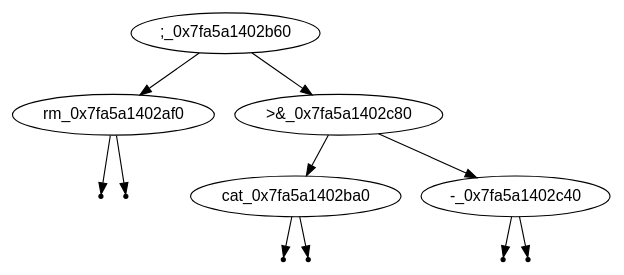
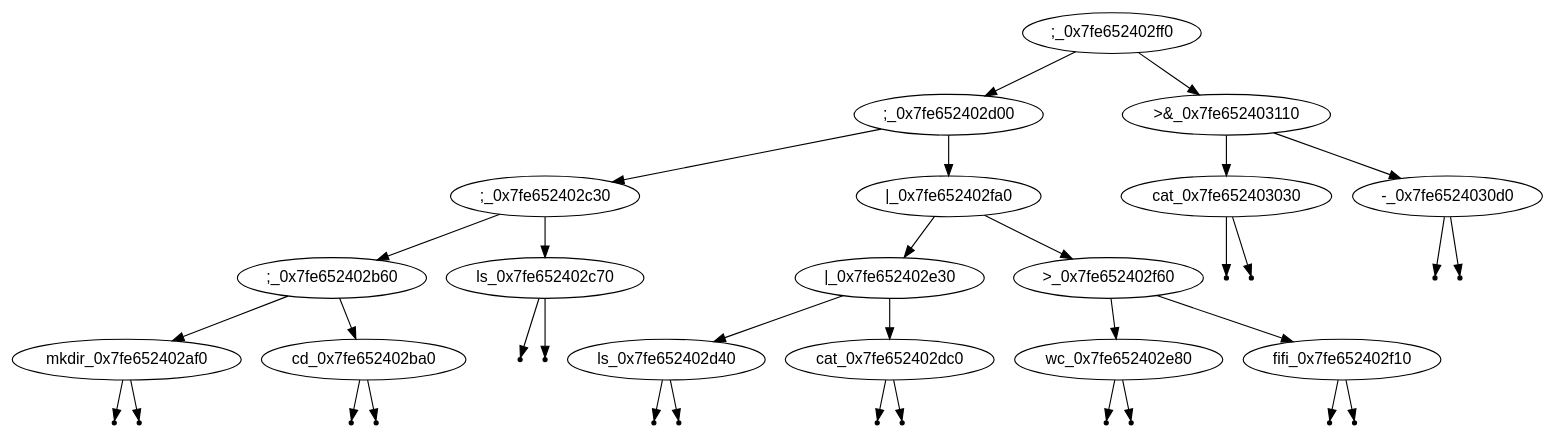
The diagram in tree.dot (ix-56h/Shelled), drawn with Graphviz before and after one commit. The commit also changed 4 other files, not shown here.

```diff
--- a/tree.dot
+++ b/tree.dot
@@ -1,19 +1,55 @@
 digraph BST {
     node [fontname="Arial"];
-    ";_0x7fa5a1402b60" -> "rm_0x7fa5a1402af0";
+    ";_0x7fe652402ff0" -> ";_0x7fe652402d00";
+    ";_0x7fe652402d00" -> ";_0x7fe652402c30";
+    ";_0x7fe652402c30" -> ";_0x7fe652402b60";
+    ";_0x7fe652402b60" -> "mkdir_0x7fe652402af0";
     null0 [shape=point];
-    "rm_0x7fa5a1402af0" -> null0;
+    "mkdir_0x7fe652402af0" -> null0;
     null1 [shape=point];
-    "rm_0x7fa5a1402af0" -> null1;
-    ";_0x7fa5a1402b60" -> ">&_0x7fa5a1402c80";
-    ">&_0x7fa5a1402c80" -> "cat_0x7fa5a1402ba0";
+    "mkdir_0x7fe652402af0" -> null1;
+    ";_0x7fe652402b60" -> "cd_0x7fe652402ba0";
     null2 [shape=point];
-    "cat_0x7fa5a1402ba0" -> null2;
+    "cd_0x7fe652402ba0" -> null2;
     null3 [shape=point];
-    "cat_0x7fa5a1402ba0" -> null3;
-    ">&_0x7fa5a1402c80" -> "-_0x7fa5a1402c40";
+    "cd_0x7fe652402ba0" -> null3;
+    ";_0x7fe652402c30" -> "ls_0x7fe652402c70";
     null4 [shape=point];
-    "-_0x7fa5a1402c40" -> null4;
+    "ls_0x7fe652402c70" -> null4;
     null5 [shape=point];
-    "-_0x7fa5a1402c40" -> null5;
+    "ls_0x7fe652402c70" -> null5;
+    ";_0x7fe652402d00" -> "|_0x7fe652402fa0";
+    "|_0x7fe652402fa0" -> "|_0x7fe652402e30";
+    "|_0x7fe652402e30" -> "ls_0x7fe652402d40";
+    null6 [shape=point];
+    "ls_0x7fe652402d40" -> null6;
+    null7 [shape=point];
+    "ls_0x7fe652402d40" -> null7;
+    "|_0x7fe652402e30" -> "cat_0x7fe652402dc0";
+    null8 [shape=point];
+    "cat_0x7fe652402dc0" -> null8;
+    null9 [shape=point];
+    "cat_0x7fe652402dc0" -> null9;
+    "|_0x7fe652402fa0" -> ">_0x7fe652402f60";
+    ">_0x7fe652402f60" -> "wc_0x7fe652402e80";
+    null10 [shape=point];
+    "wc_0x7fe652402e80" -> null10;
+    null11 [shape=point];
+    "wc_0x7fe652402e80" -> null11;
+    ">_0x7fe652402f60" -> "fifi_0x7fe652402f10";
+    null12 [shape=point];
+    "fifi_0x7fe652402f10" -> null12;
+    null13 [shape=point];
+    "fifi_0x7fe652402f10" -> null13;
+    ";_0x7fe652402ff0" -> ">&_0x7fe652403110";
+    ">&_0x7fe652403110" -> "cat_0x7fe652403030";
+    null14 [shape=point];
+    "cat_0x7fe652403030" -> null14;
+    null15 [shape=point];
+    "cat_0x7fe652403030" -> null15;
+    ">&_0x7fe652403110" -> "-_0x7fe6524030d0";
+    null16 [shape=point];
+    "-_0x7fe6524030d0" -> null16;
+    null17 [shape=point];
+    "-_0x7fe6524030d0" -> null17;
 }
```
